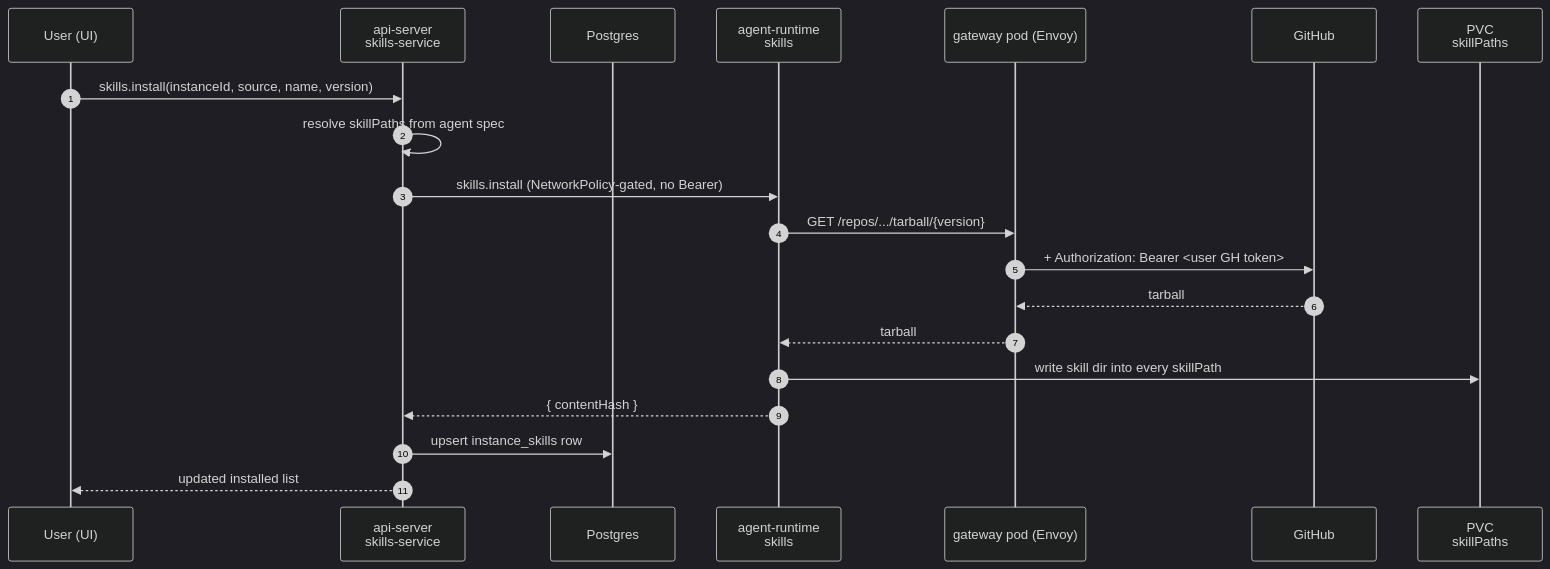
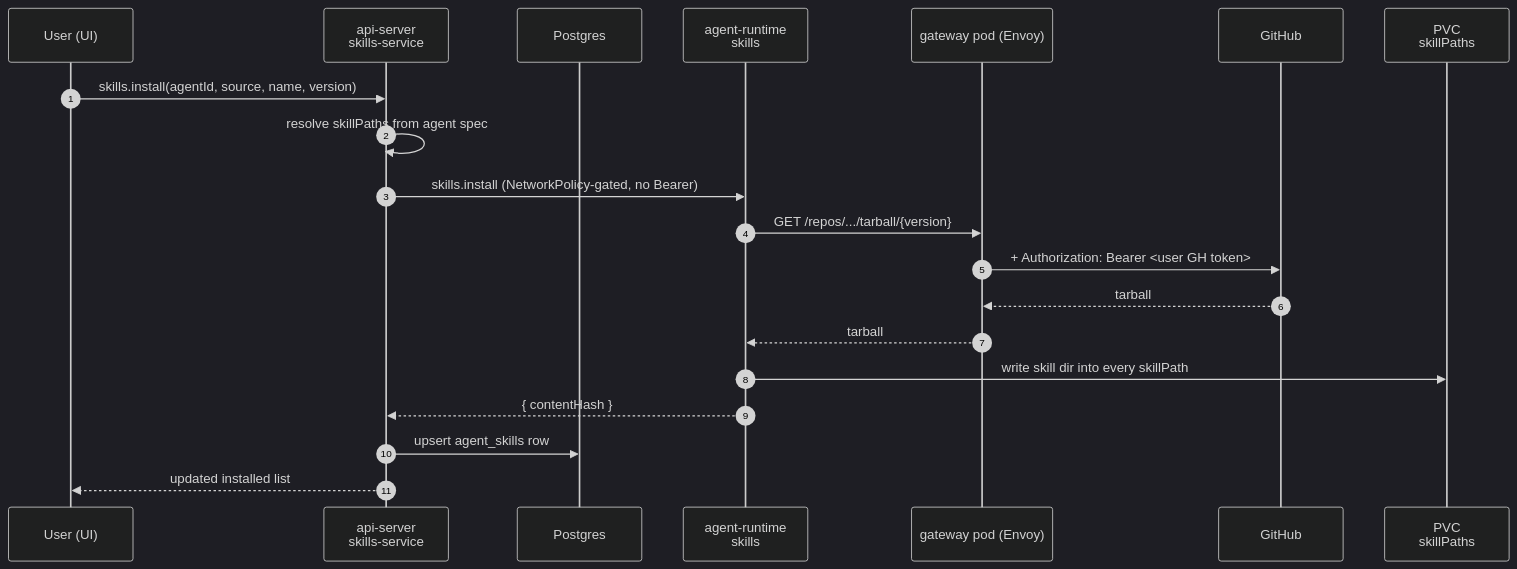
The second of 3 diagrams in docs/architecture/skills.md (subbyte/dam), drawn with Mermaid (dark theme) before and after one commit. The commit also changed other lines of this file and 52 other files, not shown here.

First line of the commit message:
refactor(api): extract Zod input schemas from tRPC routers (#326)

````diff
--- a/docs/architecture/skills.md
+++ b/docs/architecture/skills.md
@@ -150,23 +150,23 @@
 ```mermaid
 sequenceDiagram
   autonumber
   participant U as User (UI)
   participant API as api-server<br/>skills-service
   participant DB as Postgres
   participant RT as agent-runtime<br/>skills
   participant ENV as gateway pod (Envoy)
   participant GH as GitHub
   participant PVC as PVC<br/>skillPaths
 
-  U->>API: skills.install(instanceId, source, name, version)
+  U->>API: skills.install(agentId, source, name, version)
   API->>API: resolve skillPaths from agent spec
   API->>RT: skills.install (NetworkPolicy-gated, no Bearer)
   RT->>ENV: GET /repos/.../tarball/{version}
   ENV->>GH: + Authorization: Bearer <user GH token>
   GH-->>ENV: tarball
   ENV-->>RT: tarball
   RT->>PVC: write skill dir into every skillPath
   RT-->>API: { contentHash }
-  API->>DB: upsert instance_skills row
+  API->>DB: upsert agent_skills row
   API-->>U: updated installed list
 ```
````
